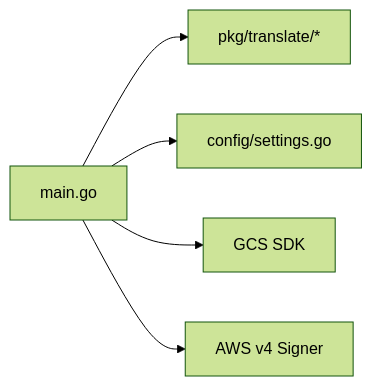
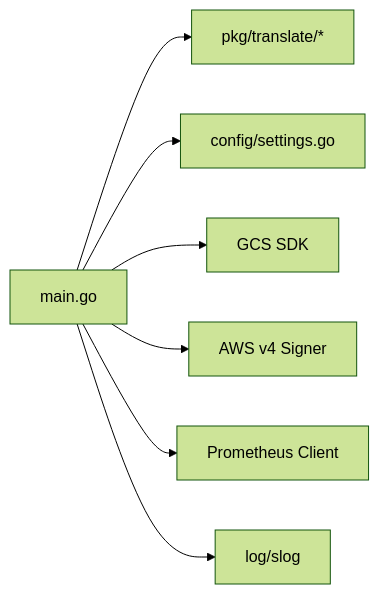
The sixth of 6 diagrams in .qoder/repowiki/zh/content/API参考/API参考.md (flying1574/S3Proxy4GCS), drawn with Mermaid (forest theme) before and after one commit. The commit also changed other lines of this file and 10 other files, not shown here.

````diff
--- a/.qoder/repowiki/zh/content/API参考/API参考.md
+++ b/.qoder/repowiki/zh/content/API参考/API参考.md
@@ -367,7 +448,9 @@
 ```mermaid
 graph LR
 M["main.go"] --> T["pkg/translate/*"]
 M --> Cfg["config/settings.go"]
 M --> GCS["GCS SDK"]
 M --> AWS["AWS v4 Signer"]
+M --> Prom["Prometheus Client"]
+M --> Log["log/slog"]
 ```
````
